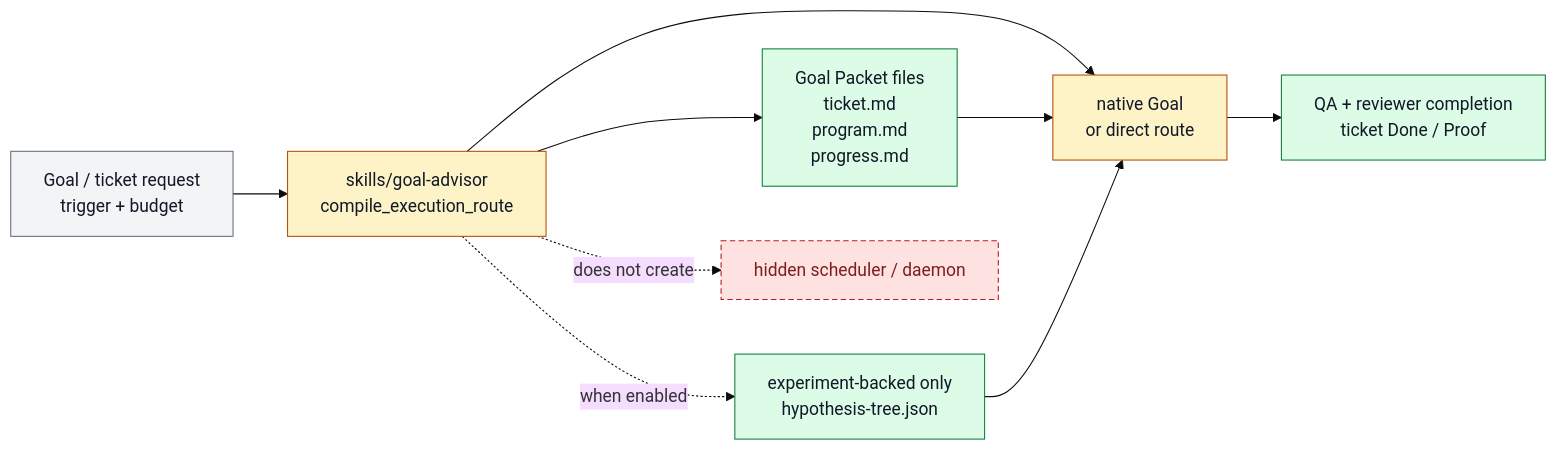
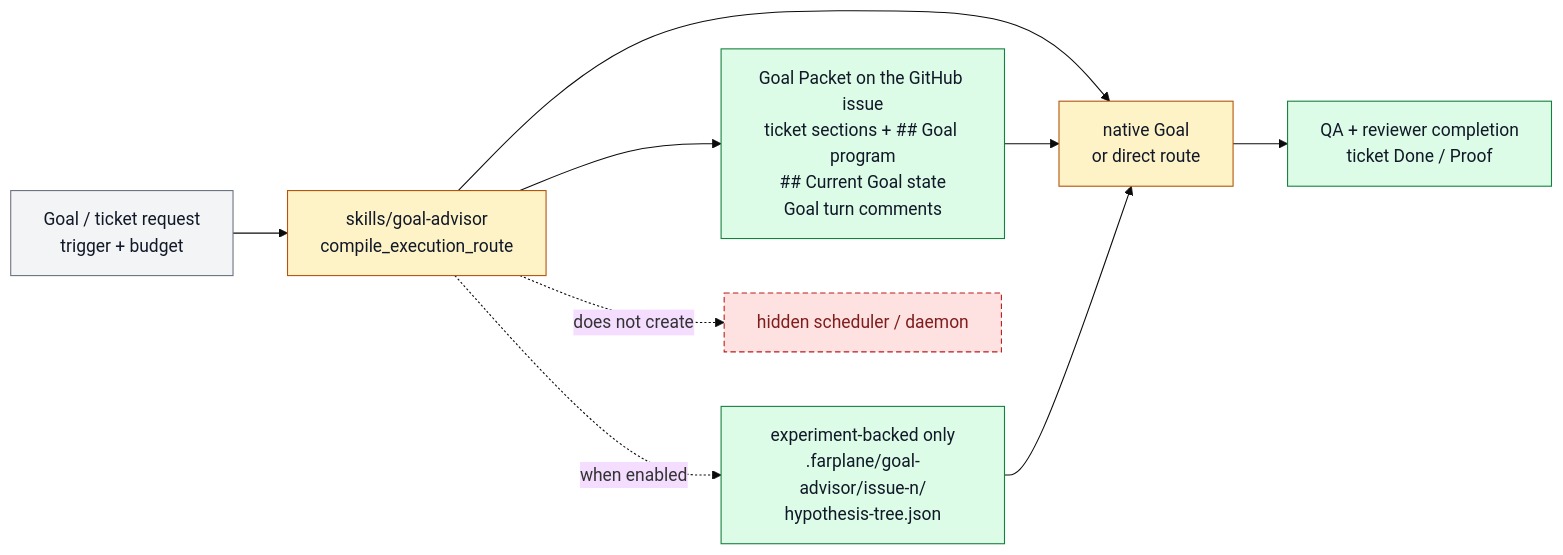
Before and after one commit to ZanarkandTechnologies/Farplane: the diagram in docs/features/FEAT-0032-goal-advisor-execution-compilation.md, drawn with Mermaid (base theme). The commit also changed other lines of this file and 70 other files, not shown here.

First line of the commit message:
refactor(goal-advisor): Goal Packets live on the GitHub issue

````diff
--- a/docs/features/FEAT-0032-goal-advisor-execution-compilation.md
+++ b/docs/features/FEAT-0032-goal-advisor-execution-compilation.md
@@ -121,24 +126,24 @@
 ```mermaid
 flowchart LR
   classDef keep fill:#f3f4f6,stroke:#6b7280,color:#111827
   classDef changed fill:#fef3c7,stroke:#b45309,color:#111827
   classDef added fill:#dcfce7,stroke:#15803d,color:#111827
   classDef retired fill:#fee2e2,stroke:#b91c1c,color:#7f1d1d,stroke-dasharray: 5 3
 
   request["Goal / ticket request<br/>trigger + budget"]:::keep
   advisor["skills/goal-advisor<br/>compile_execution_route"]:::changed
-  packet["Goal Packet files<br/>ticket.md<br/>program.md<br/>progress.md"]:::added
-  tree["experiment-backed only<br/>hypothesis-tree.json"]:::added
+  packet["Goal Packet on the GitHub issue<br/>ticket sections + ## Goal program<br/>## Current Goal state<br/>Goal turn comments"]:::added
+  tree["experiment-backed only<br/>.farplane/goal-advisor/issue-n/<br/>hypothesis-tree.json"]:::added
   route["native Goal<br/>or direct route"]:::changed
   proof["QA + reviewer completion<br/>ticket Done / Proof"]:::added
   hidden["hidden scheduler / daemon"]:::retired
 
   request --> advisor
   advisor --> packet
   advisor -. when enabled .-> tree
   advisor --> route
   packet --> route
   tree --> route
   route --> proof
   advisor -. does not create .-> hidden
 ```
````
